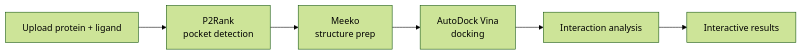
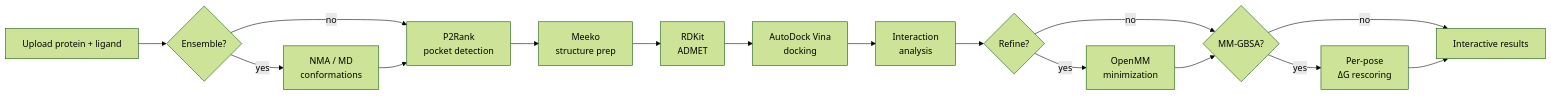
One commit to gozsari/PocketDock changed the diagram in docs/index.md. Above: the diagram before and after it, drawn with Mermaid (forest theme). The commit also changed other lines of this file and 9 other files, not shown here.

First line of the commit message:
Add new features and documentation for PocketDock v2.0

````diff
--- a/docs/index.md
+++ b/docs/index.md
@@ -37,8 +53,20 @@
 ```mermaid
 flowchart LR
-    A[Upload protein + ligand] --> B[P2Rank<br/>pocket detection]
-    B --> C[Meeko<br/>structure prep]
-    C --> D[AutoDock Vina<br/>docking]
-    D --> E[Interaction analysis]
-    E --> F[Interactive results]
+    A[Upload protein + ligand] --> B0{Ensemble?}
+    B0 -- yes --> B1[NMA / MD<br/>conformations]
+    B0 -- no --> B
+    B1 --> B
+    B[P2Rank<br/>pocket detection] --> C[Meeko<br/>structure prep]
+    C --> CA[RDKit<br/>ADMET]
+    CA --> D[AutoDock Vina<br/>docking]
+    D --> E[Interaction<br/>analysis]
+    E --> F{Refine?}
+    F -- yes --> F1[OpenMM<br/>minimization]
+    F -- no --> G
+    F1 --> G
+    G{MM-GBSA?}
+    G -- yes --> G1[Per-pose<br/>ΔG rescoring]
+    G -- no --> H
+    G1 --> H
+    H[Interactive results]
 ```
````
